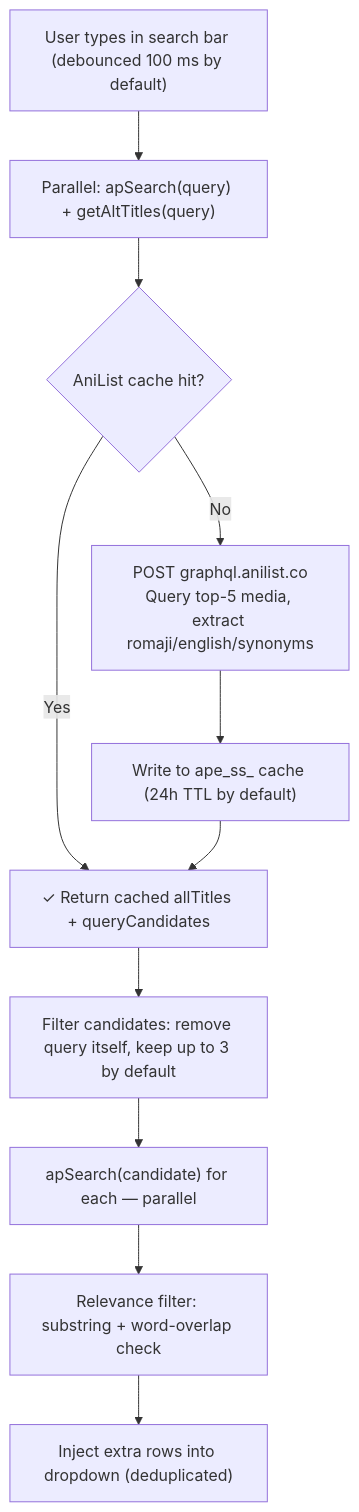
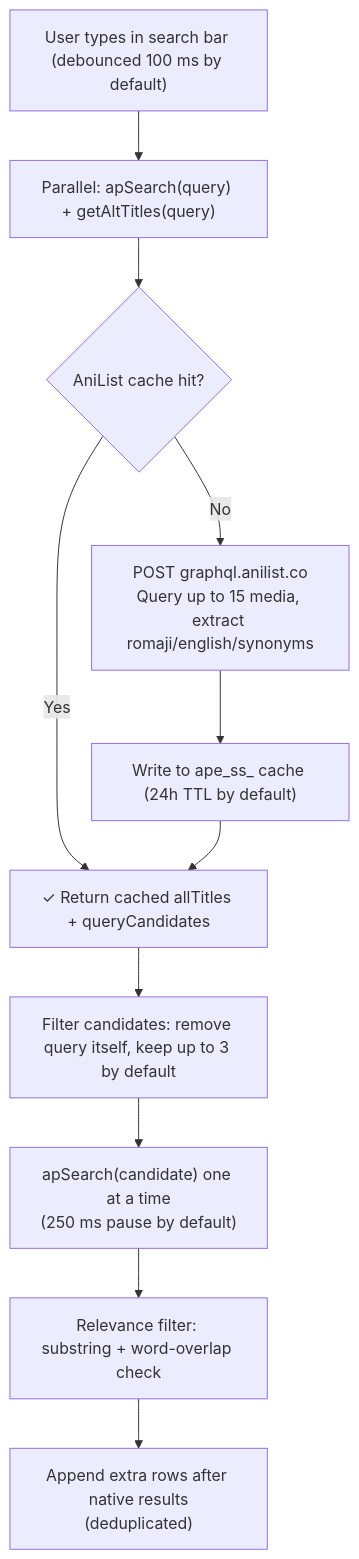
Before and after one commit to abdullahkhfb/animepahe-enhancer: the fifth of 5 diagrams in docs/ARCHITECTURE.md, drawn with Mermaid. The commit also changed other lines of this file and 12 other files, not shown here.

````diff
--- a/docs/ARCHITECTURE.md
+++ b/docs/ARCHITECTURE.md
@@ -245,13 +241,13 @@
 ```mermaid
 flowchart TD
     A["User types in search bar (debounced 100 ms by default)"] --> B["Parallel: apSearch(query) + getAltTitles(query)"]
     B --> C{AniList cache hit?}
     C -->|Yes| D["✓ Return cached allTitles + queryCandidates"]
-    C -->|No| E["POST graphql.anilist.co\nQuery top-5 media, extract romaji/english/synonyms"]
+    C -->|No| E["POST graphql.anilist.co\nQuery up to 15 media, extract romaji/english/synonyms"]
     E --> F["Write to ape_ss_ cache (24h TTL by default)"]
     F --> D
     D --> G["Filter candidates: remove query itself, keep up to 3 by default"]
-    G --> H["apSearch(candidate) for each — parallel"]
+    G --> H["apSearch(candidate) one at a time\n(250 ms pause by default)"]
     H --> I["Relevance filter: substring + word-overlap check"]
-    I --> J["Inject extra rows into dropdown (deduplicated)"]
+    I --> J["Append extra rows after native results\n(deduplicated)"]
 ```
````
